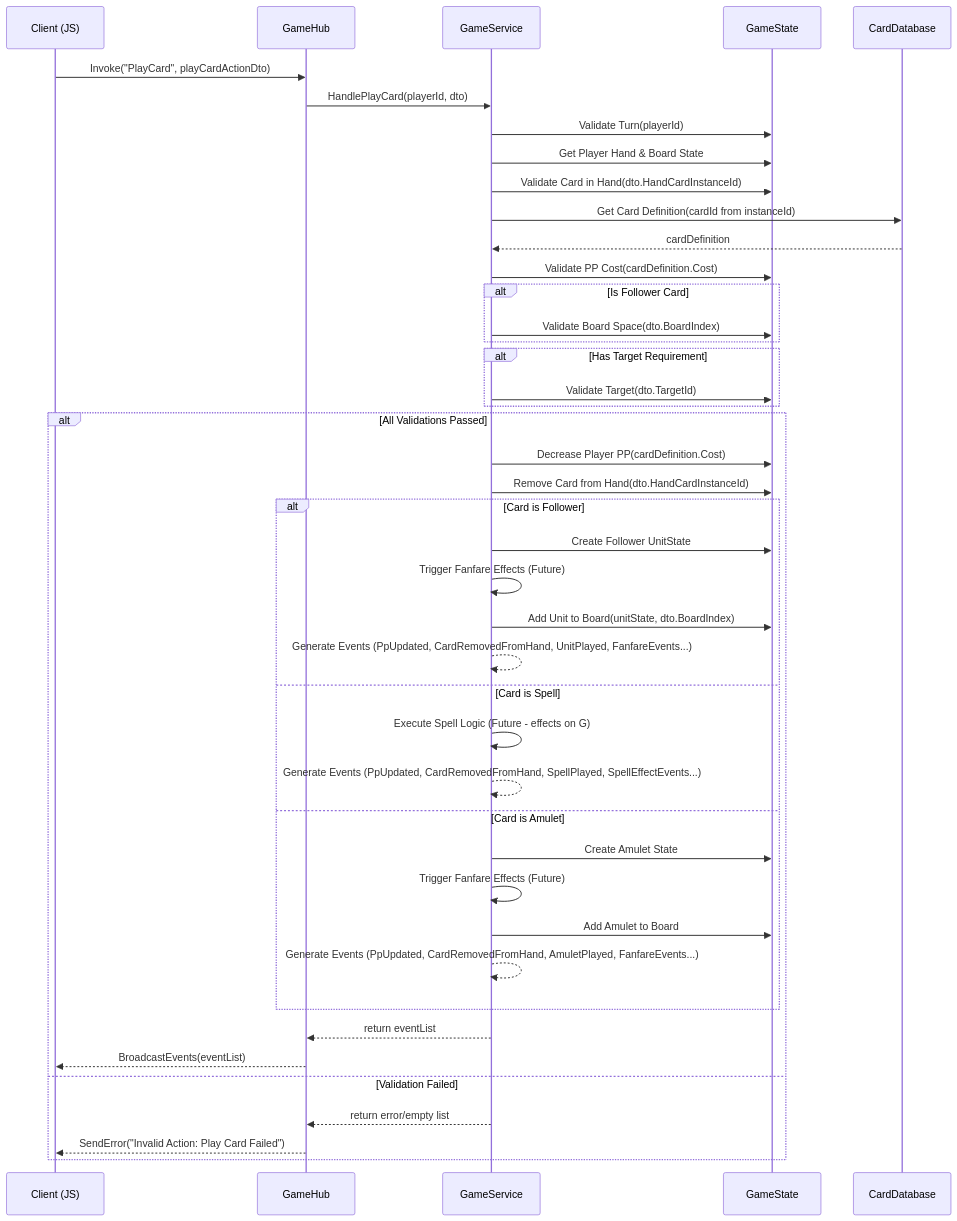
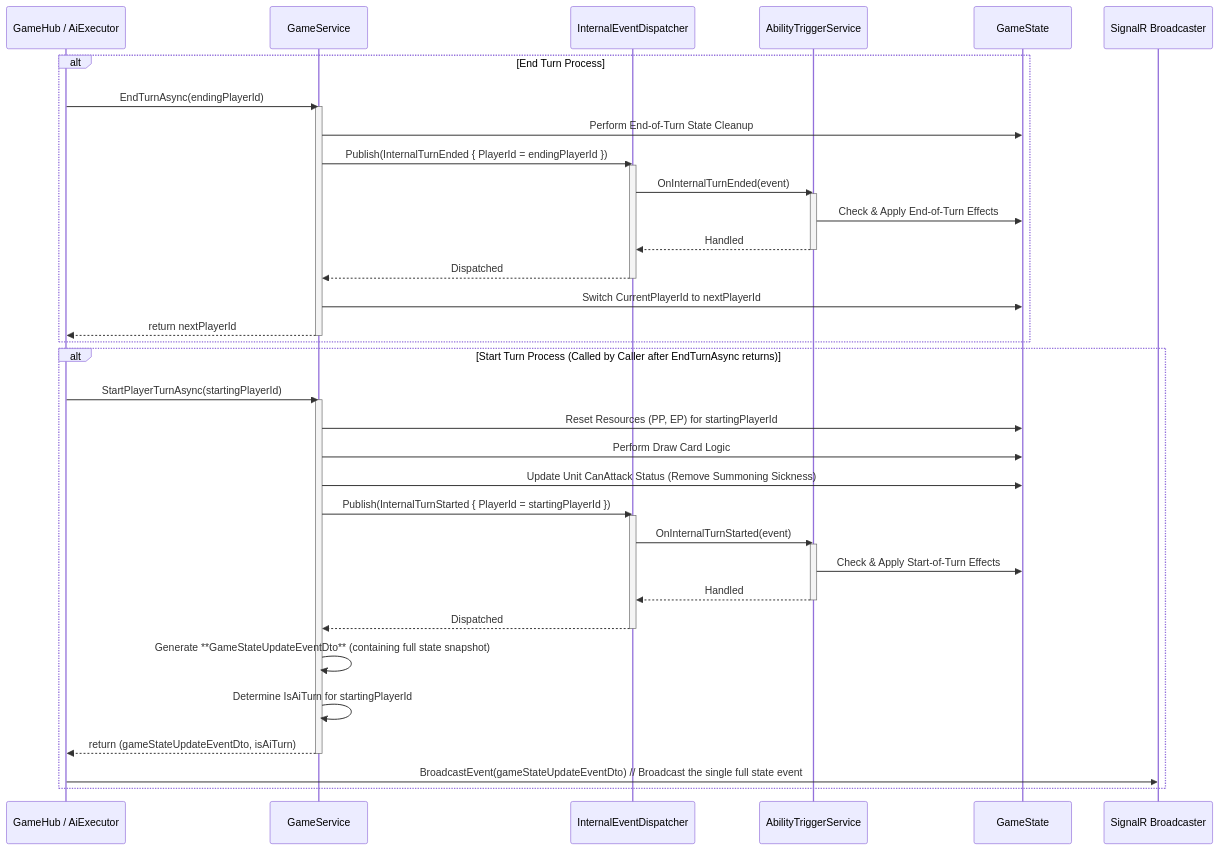
One commit to M3an1ng/Shadowverse-Cloud-Beyond changed the second of 3 diagrams in 文档/技术文档/M7_核心动作处理与事件广播设计_V1.0.md. Above: the diagram before and after it, drawn with Mermaid. The commit also changed other lines of this file and 110 other files, not shown here.

````diff
--- a/文档/技术文档/M7_核心动作处理与事件广播设计_V1.0.md
+++ b/文档/技术文档/M7_核心动作处理与事件广播设计_V1.0.md
@@ -353,48 +112,50 @@
 ```mermaid
 sequenceDiagram
-    participant C as Client (JS)
-    participant H as GameHub
-    participant S as GameService
-    participant G as GameState
-    participant CardDB as CardDatabase
+    participant Caller as GameHub / AiExecutor
+    participant GameSvc as GameService
+    participant Dispatcher as InternalEventDispatcher
+    participant AbilitySvc as AbilityTriggerService
+    participant State as GameState
+    participant SignalR as SignalR Broadcaster
 
-    C->>H: Invoke("PlayCard", playCardActionDto)
-    H->>S: HandlePlayCard(playerId, dto)
-    S->>G: Validate Turn(playerId)
-    S->>G: Get Player Hand & Board State
-    S->>G: Validate Card in Hand(dto.HandCardInstanceId)
-    S->>CardDB: Get Card Definition(cardId from instanceId)
-    CardDB-->>S: cardDefinition
-    S->>G: Validate PP Cost(cardDefinition.Cost)
-    alt Is Follower Card
-        S->>G: Validate Board Space(dto.BoardIndex)
-    end
-    alt Has Target Requirement
-        S->>G: Validate Target(dto.TargetId)
+    alt End Turn Process
+        Caller->>GameSvc: EndTurnAsync(endingPlayerId)
+        activate GameSvc
+        GameSvc->>State: Perform End-of-Turn State Cleanup
+        GameSvc->>Dispatcher: Publish(InternalTurnEnded { PlayerId = endingPlayerId })
+        activate Dispatcher
+        Dispatcher->>AbilitySvc: OnInternalTurnEnded(event)
+        activate AbilitySvc
+        AbilitySvc->>State: Check & Apply End-of-Turn Effects
+        AbilitySvc-->>Dispatcher: Handled
+        deactivate AbilitySvc
+        Dispatcher-->>GameSvc: Dispatched
+        deactivate Dispatcher
+        GameSvc->>State: Switch CurrentPlayerId to nextPlayerId
+        GameSvc-->>Caller: return nextPlayerId
+        deactivate GameSvc
     end
 
-    alt All Validations Passed
-        S->>G: Decrease Player PP(cardDefinition.Cost)
-        S->>G: Remove Card from Hand(dto.HandCardInstanceId)
-        alt Card is Follower
-            S->>G: Create Follower UnitState
-            S->>S: Trigger Fanfare Effects (Future)
-            S->>G: Add Unit to Board(unitState, dto.BoardIndex)
-            S-->>S: Generate Events (PpUpdated, CardRemovedFromHand, UnitPlayed, FanfareEvents...)
-        else Card is Spell
-            S->>S: Execute Spell Logic (Future - effects on G)
-            S-->>S: Generate Events (PpUpdated, CardRemovedFromHand, SpellPlayed, SpellEffectEvents...)
-        else Card is Amulet
-            S->>G: Create Amulet State
-            S->>S: Trigger Fanfare Effects (Future)
-            S->>G: Add Amulet to Board
-            S-->>S: Generate Events (PpUpdated, CardRemovedFromHand, AmuletPlayed, FanfareEvents...)
-        end
-        S-->>H: return eventList
-        H-->>C: BroadcastEvents(eventList)
-    else Validation Failed
-        S-->>H: return error/empty list
-        H-->>C: SendError("Invalid Action: Play Card Failed")
+    alt Start Turn Process (Called by Caller after EndTurnAsync returns)
+        Caller->>GameSvc: StartPlayerTurnAsync(startingPlayerId)
+        activate GameSvc
+        GameSvc->>State: Reset Resources (PP, EP) for startingPlayerId
+        GameSvc->>State: Perform Draw Card Logic
+        GameSvc->>State: Update Unit CanAttack Status (Remove Summoning Sickness)
+        GameSvc->>Dispatcher: Publish(InternalTurnStarted { PlayerId = startingPlayerId })
+        activate Dispatcher
+        Dispatcher->>AbilitySvc: OnInternalTurnStarted(event)
+        activate AbilitySvc
+        AbilitySvc->>State: Check & Apply Start-of-Turn Effects
+        AbilitySvc-->>Dispatcher: Handled
+        deactivate AbilitySvc
+        Dispatcher-->>GameSvc: Dispatched
+        deactivate Dispatcher
+        GameSvc->>GameSvc: Generate **GameStateUpdateEventDto** (containing full state snapshot)
+        GameSvc->>GameSvc: Determine IsAiTurn for startingPlayerId
+        GameSvc-->>Caller: return (gameStateUpdateEventDto, isAiTurn)
+        deactivate GameSvc
+        Caller->>SignalR: BroadcastEvent(gameStateUpdateEventDto) // Broadcast the single full state event
     end
 
 ```
````
